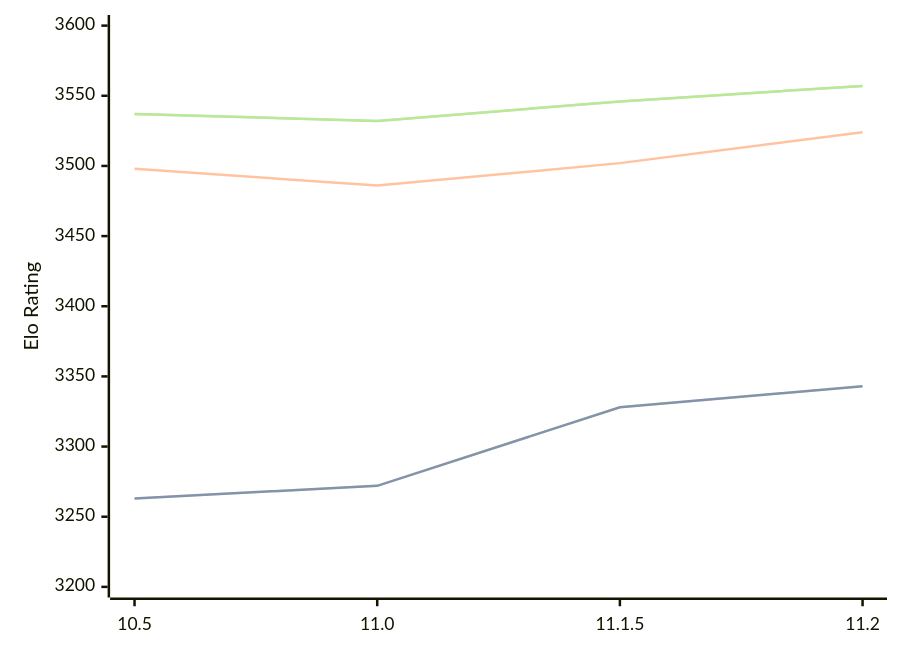
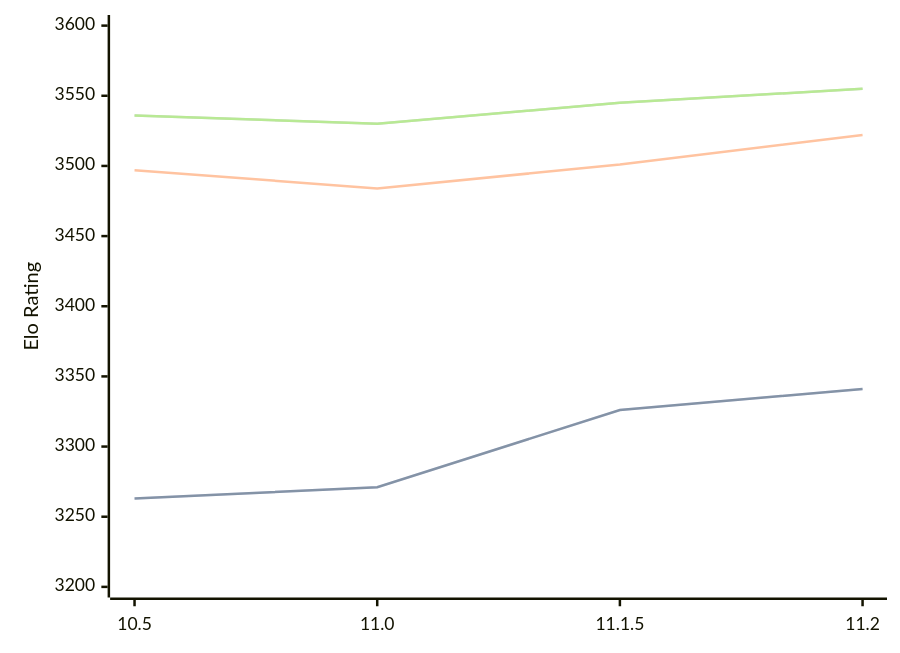
One commit to computer-chess-index/cci changed the diagram in engines/Lizard.md. Above: the diagram before and after it, drawn with Mermaid. The commit also changed other lines of this file, not shown here.

Commit message:
Update CCI Ratings (ELO VLTC) - 2026-03-08

````diff
--- a/engines/Lizard.md
+++ b/engines/Lizard.md
@@ -44,11 +44,11 @@
 ```mermaid
 %%{init: {"theme":"base","themeVariables":{"seriesColors:['#a3a3a3','#222221','#faa371']}}}%%
 xychart-beta
   x-axis ["10.5", "11.0", "11.1.5", "11.2"]
   y-axis "Elo Rating" 3200 --> 3600
-  line "STC (8.0+0.08s)" [3263, 3272, 3328, 3343]
-  line "STC (8.0+0.08s)" [3263, 3272, 3328, 3343]
-  line "LTC (60.0+0.60s)" [3498, 3486, 3502, 3524]
-  line "VLTC (2m24s+1.12s)" [3537, 3532, 3546, 3557]
-  line "VLTC (2m24s+1.12s)" [3537, 3532, 3546, 3557]
+  line "STC (8.0+0.08s)" [3263, 3271, 3326, 3341]
+  line "STC (8.0+0.08s)" [3263, 3271, 3326, 3341]
+  line "LTC (60.0+0.60s)" [3497, 3484, 3501, 3522]
+  line "VLTC (2m24s+1.12s)" [3536, 3530, 3545, 3555]
+  line "VLTC (2m24s+1.12s)" [3536, 3530, 3545, 3555]
 ```
````
